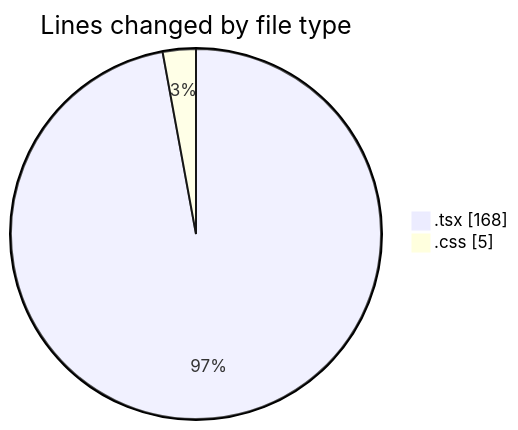
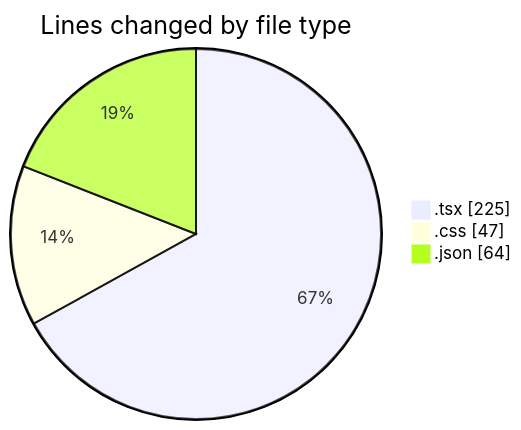
Before and after one commit to Elitesun/code-tracking: the first of 2 diagrams in 2025-04-10/product-page/README.md, drawn with Mermaid. The commit also changed other lines of this file and 1 other file, not shown here.

````diff
--- a/2025-04-10/product-page/README.md
+++ b/2025-04-10/product-page/README.md
@@ -21,6 +24,7 @@
 ```mermaid
 pie showData
 title Lines changed by file type
-".tsx" : 168
-".css" : 5
+".tsx" : 225
+".css" : 47
+".json" : 64
 ```
````
